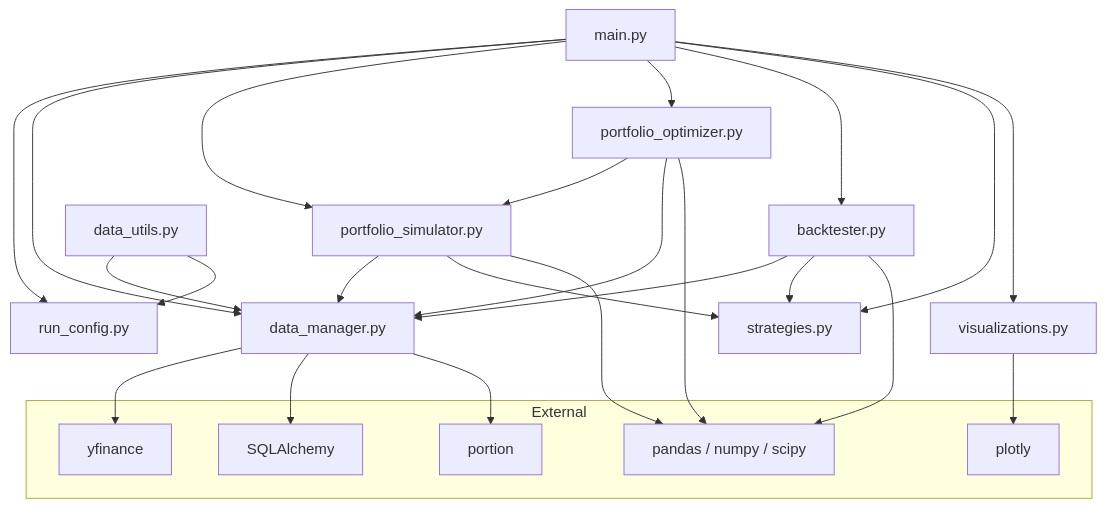
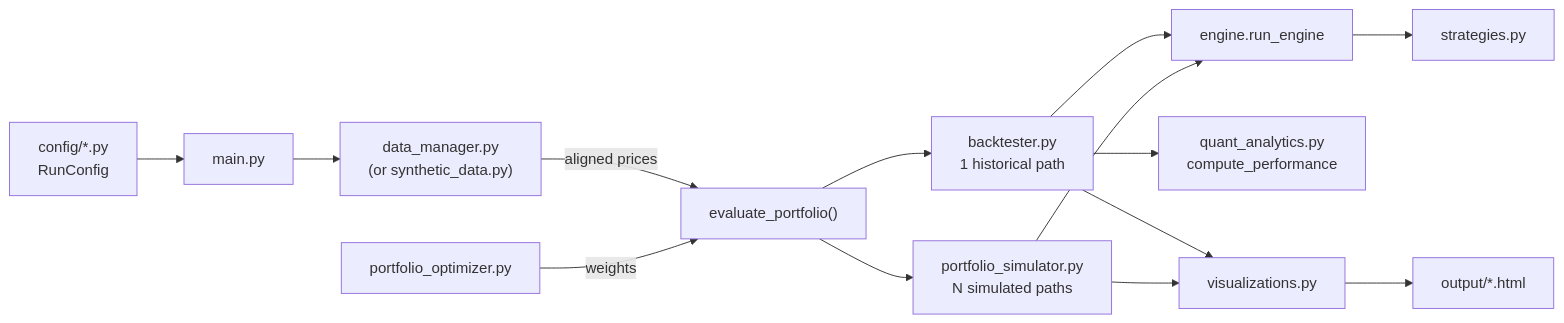
The first of 2 diagrams in .claude/docs/architecture_diagram.md (AClaybrook/monte-carlo-portfolio), drawn with Mermaid before and after one commit. The commit also changed other lines of this file and 4 other files, not shown here.

First line of the commit message:
Rewrite README and Claude docs for the new engine, config and report

````diff
--- a/.claude/docs/architecture_diagram.md
+++ b/.claude/docs/architecture_diagram.md
@@ -32,46 +5,16 @@
 ```mermaid
-flowchart TD
-    main["main.py"]
-    rc["run_config.py"]
-    dm["data_manager.py"]
-    ps["portfolio_simulator.py"]
-    po["portfolio_optimizer.py"]
-    bt["backtester.py"]
-    st["strategies.py"]
-    vis["visualizations.py"]
-    du["data_utils.py"]
-
-    main --> rc
-    main --> dm
-    main --> ps
-    main --> po
-    main --> bt
-    main --> st
-    main --> vis
-
-    ps --> dm
-    ps --> st
-    po --> ps
-    po --> dm
-    bt --> dm
-    bt --> st
-
-    du --> dm
-    du --> rc
-
-    subgraph External
-        yf["yfinance"]
-        sa["SQLAlchemy"]
-        pd["pandas / numpy / scipy"]
-        pl["plotly"]
-        por["portion"]
-    end
-
-    dm --> yf
-    dm --> sa
-    dm --> por
-    ps --> pd
-    po --> pd
-    bt --> pd
-    vis --> pl
+flowchart LR
+    Config["config/*.py<br/>RunConfig"] --> Main["main.py"]
+    Main --> DM["data_manager.py<br/>(or synthetic_data.py)"]
+    DM -->|aligned prices| Eval["evaluate_portfolio()"]
+    Eval --> BT["backtester.py<br/>1 historical path"]
+    Eval --> MC["portfolio_simulator.py<br/>N simulated paths"]
+    BT --> Engine["engine.run_engine"]
+    MC --> Engine
+    Engine --> Strat["strategies.py"]
+    BT --> QA["quant_analytics.py<br/>compute_performance"]
+    Opt["portfolio_optimizer.py"] -->|weights| Eval
+    BT --> Viz["visualizations.py"]
+    MC --> Viz
+    Viz --> HTML["output/*.html"]
 ```
````
